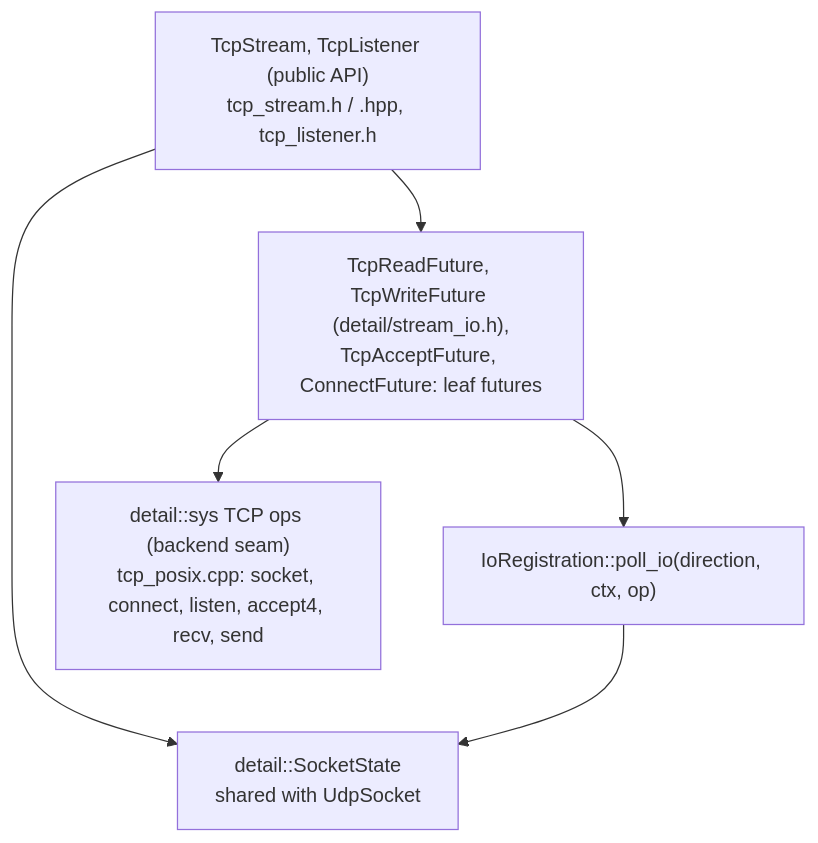
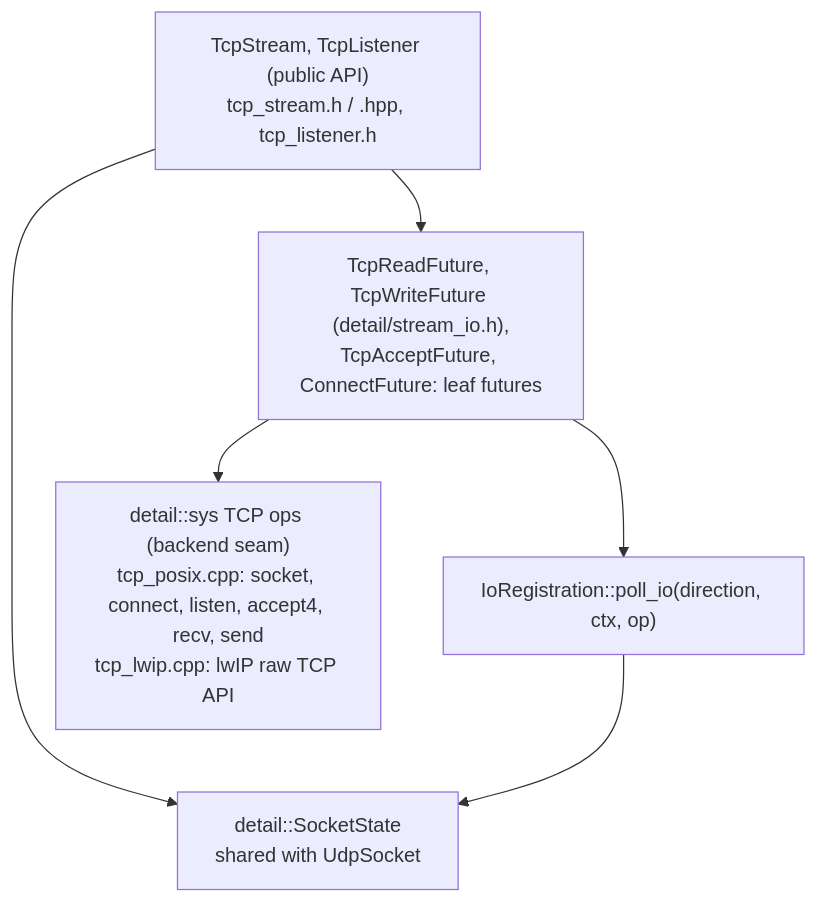
Before and after one commit to bts164/coro: the first of 2 diagrams in doc/design/tcp_stream.md, drawn with Mermaid. The commit also changed other lines of this file and 101 other files, not shown here.

Commit message:
Added a sys layer abstraction on top of lwip so that the pico port sockets and other IO types ca use the IoDriver and the exact same code as the desktop port above that.

````diff
--- a/doc/design/tcp_stream.md
+++ b/doc/design/tcp_stream.md
@@ -72,13 +74,13 @@
 ```mermaid
 flowchart TD
     API["TcpStream, TcpListener (public API)<br/>tcp_stream.h / .hpp, tcp_listener.h"]
     FUT["TcpReadFuture, TcpWriteFuture (detail/stream_io.h),<br/>TcpAcceptFuture, ConnectFuture: leaf futures"]
     ST["detail::SocketState<br/>shared with UdpSocket"]
     PIO["IoRegistration::poll_io(direction, ctx, op)"]
-    OPS["detail::sys TCP ops (backend seam)<br/>tcp_posix.cpp: socket, connect, listen, accept4, recv, send"]
+    OPS["detail::sys TCP ops (backend seam)<br/>tcp_posix.cpp: socket, connect, listen, accept4, recv, send<br/>tcp_lwip.cpp: lwIP raw TCP API"]
     API --> FUT
     API --> ST
     FUT --> PIO
     FUT --> OPS
     PIO --> ST
 ```
````
